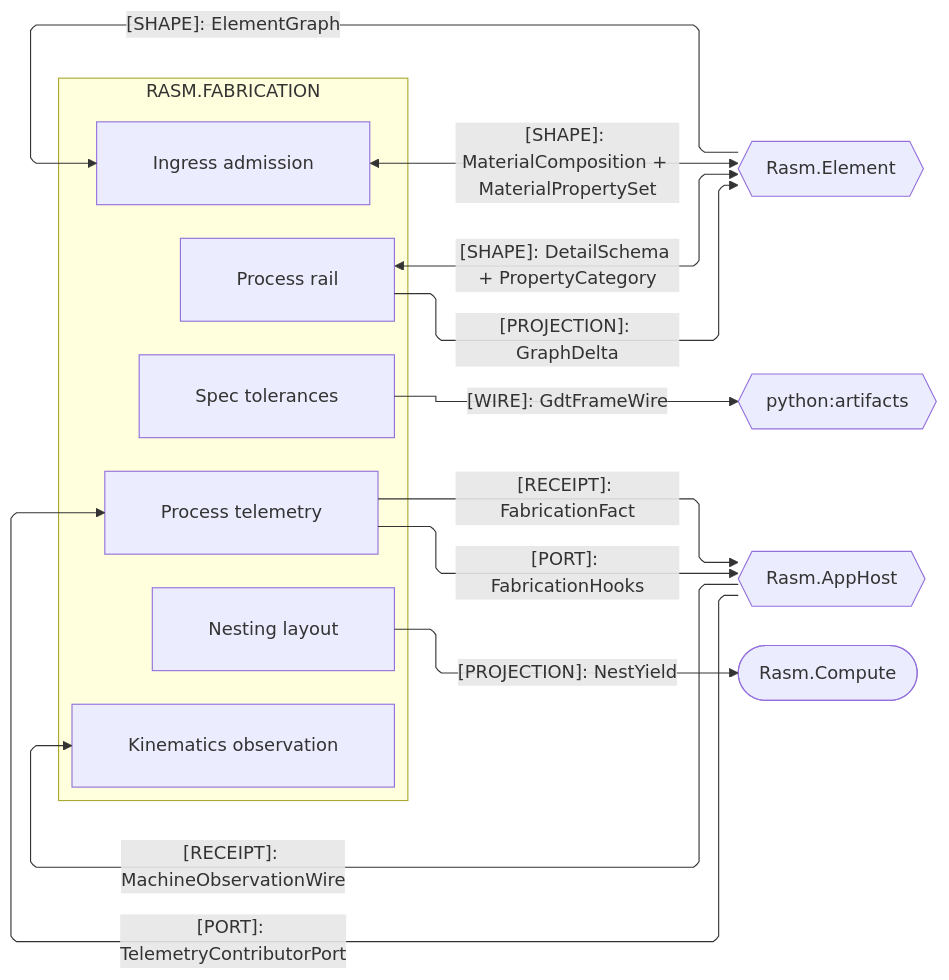
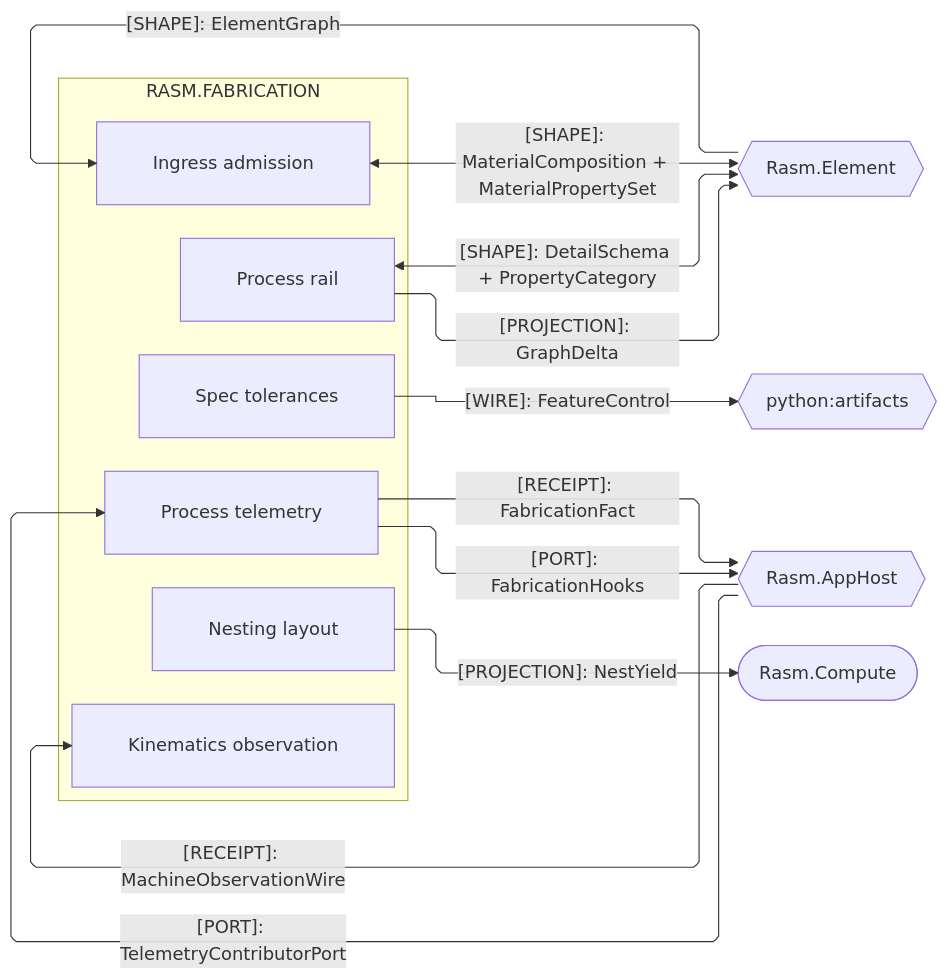
The second of 4 diagrams in libs/csharp/Rasm.Fabrication/ARCHITECTURE.md (bsamiee/Rasm), drawn with Mermaid before and after one commit. The commit also changed other lines of this file and 820 other files, not shown here.

````diff
--- a/libs/csharp/Rasm.Fabrication/ARCHITECTURE.md
+++ b/libs/csharp/Rasm.Fabrication/ARCHITECTURE.md
@@ -193,34 +193,34 @@
 ```mermaid
 ---
 config:
   layout: elk
   flowchart:
     curve: linear
     padding: 25
 ---
 flowchart LR
     accTitle: Fabrication AEC-domain peer seams
     accDescr: Fabrication owners exchanging projector, graph, tolerance, yield, and telemetry contracts with the AEC peers and the artifacts plane.
     subgraph fabrication[RASM.FABRICATION]
         Process[Process rail]
         Telemetry[Process telemetry]
         Ingress[Ingress admission]
         Kinematics[Kinematics observation]
         Nesting[Nesting layout]
         Spec[Spec tolerances]
     end
     Element{{Rasm.Element}}
     Artifacts{{python:artifacts}}
     AppHost{{Rasm.AppHost}}
     Compute([Rasm.Compute])
     Process e1@-->|"[PROJECTION]: GraphDelta"| Element
     Element e2@-->|"[SHAPE]: ElementGraph"| Ingress
     Ingress e3@<-->|"[SHAPE]: MaterialComposition + MaterialPropertySet"| Element
     Process e4@<-->|"[SHAPE]: DetailSchema + PropertyCategory"| Element
-    Spec e5@-->|"[WIRE]: GdtFrameWire"| Artifacts
+    Spec e5@-->|"[WIRE]: FeatureControl"| Artifacts
     Telemetry e6@-->|"[RECEIPT]: FabricationFact"| AppHost
     AppHost e7@-->|"[PORT]: TelemetryContributorPort"| Telemetry
     Telemetry e8@-->|"[PORT]: FabricationHooks"| AppHost
     AppHost e9@-->|"[RECEIPT]: MachineObservationWire"| Kinematics
     Nesting e10@-->|"[PROJECTION]: NestYield"| Compute
 ```
````
